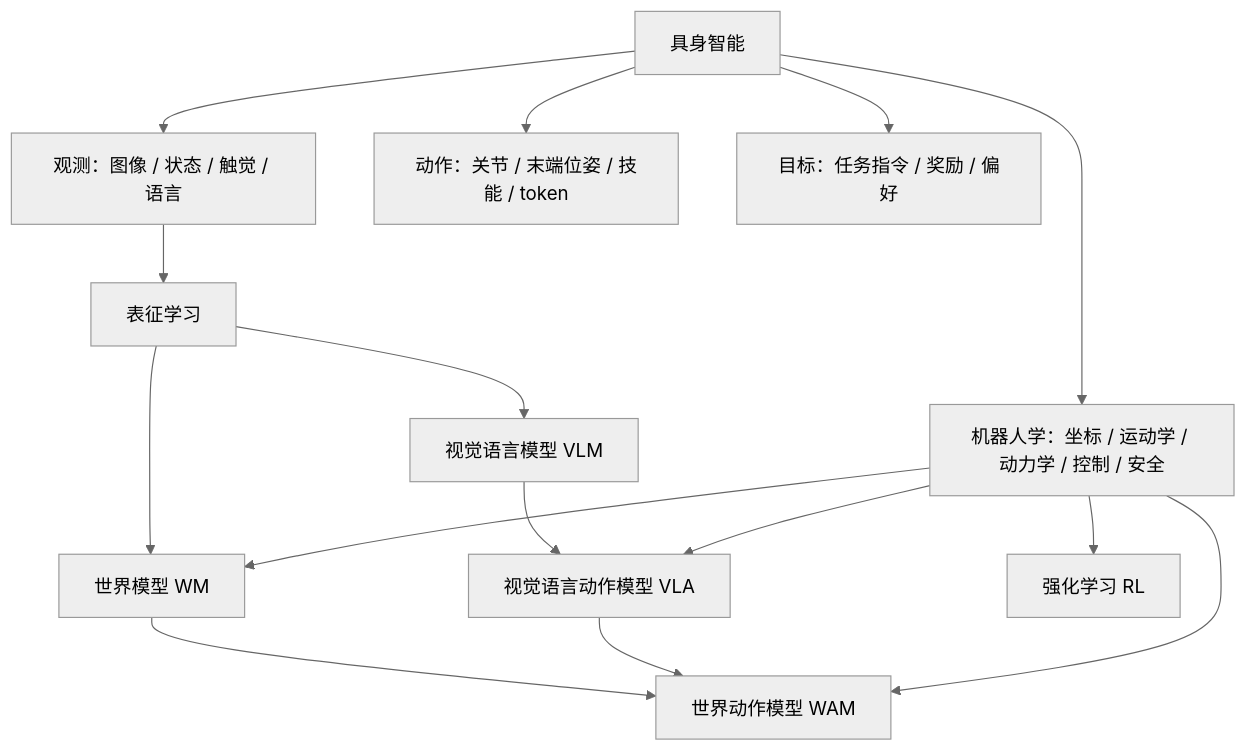
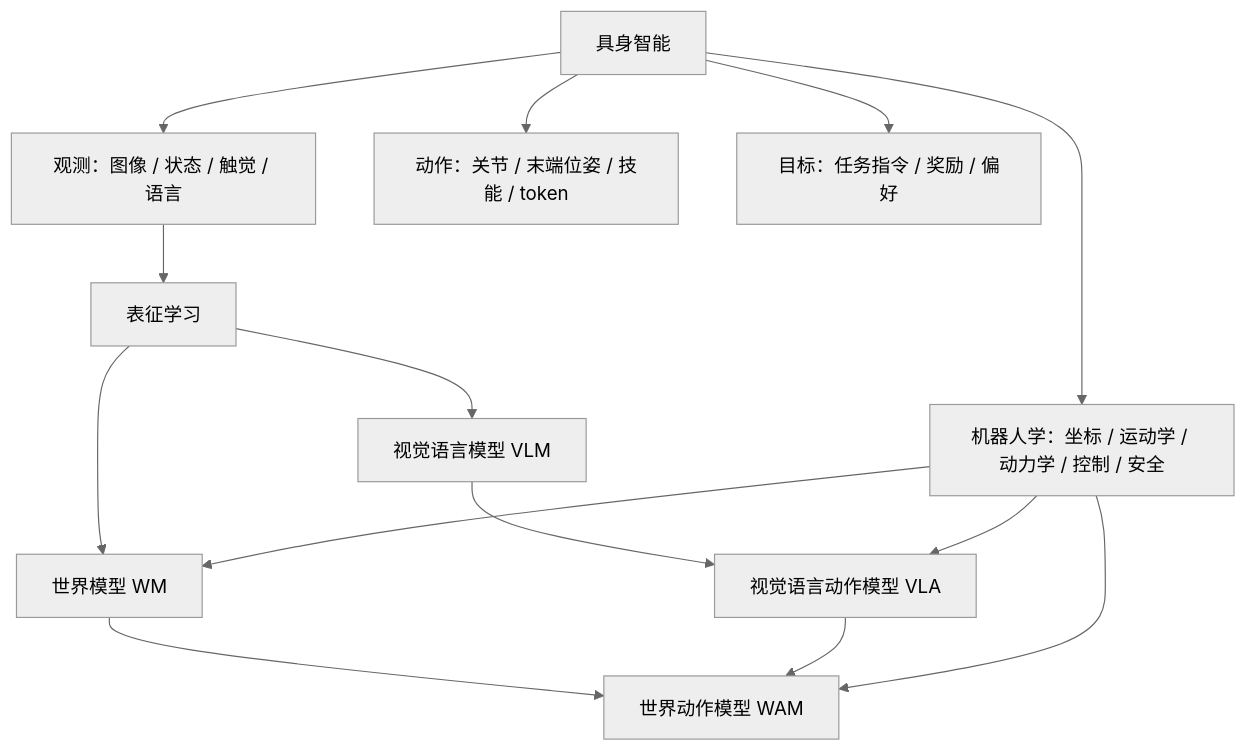
Before and after one commit to Faraday-2024/Embodied-AI-Start: the second of 8 diagrams in docs/knowledge-map.md, drawn with Mermaid (neutral theme).

````diff
--- a/docs/knowledge-map.md
+++ b/docs/knowledge-map.md
@@ -27,20 +27,19 @@
 ```mermaid
 flowchart TD
     ROOT["具身智能"] --> OBS["观测：图像 / 状态 / 触觉 / 语言"]
     ROOT --> ROB["机器人学：坐标 / 运动学 / 动力学 / 控制 / 安全"]
     ROOT --> ACT["动作：关节 / 末端位姿 / 技能 / token"]
     ROOT --> OBJ["目标：任务指令 / 奖励 / 偏好"]
 
     OBS --> REP["表征学习"]
     REP --> VLM["视觉语言模型 VLM"]
     REP --> WM["世界模型 WM"]
 
     VLM --> VLA["视觉语言动作模型 VLA"]
     WM --> WAM["世界动作模型 WAM"]
     VLA --> WAM
 
     ROB --> WM
     ROB --> VLA
     ROB --> WAM
-    ROB --> RL["强化学习 RL"]
 ```
````
